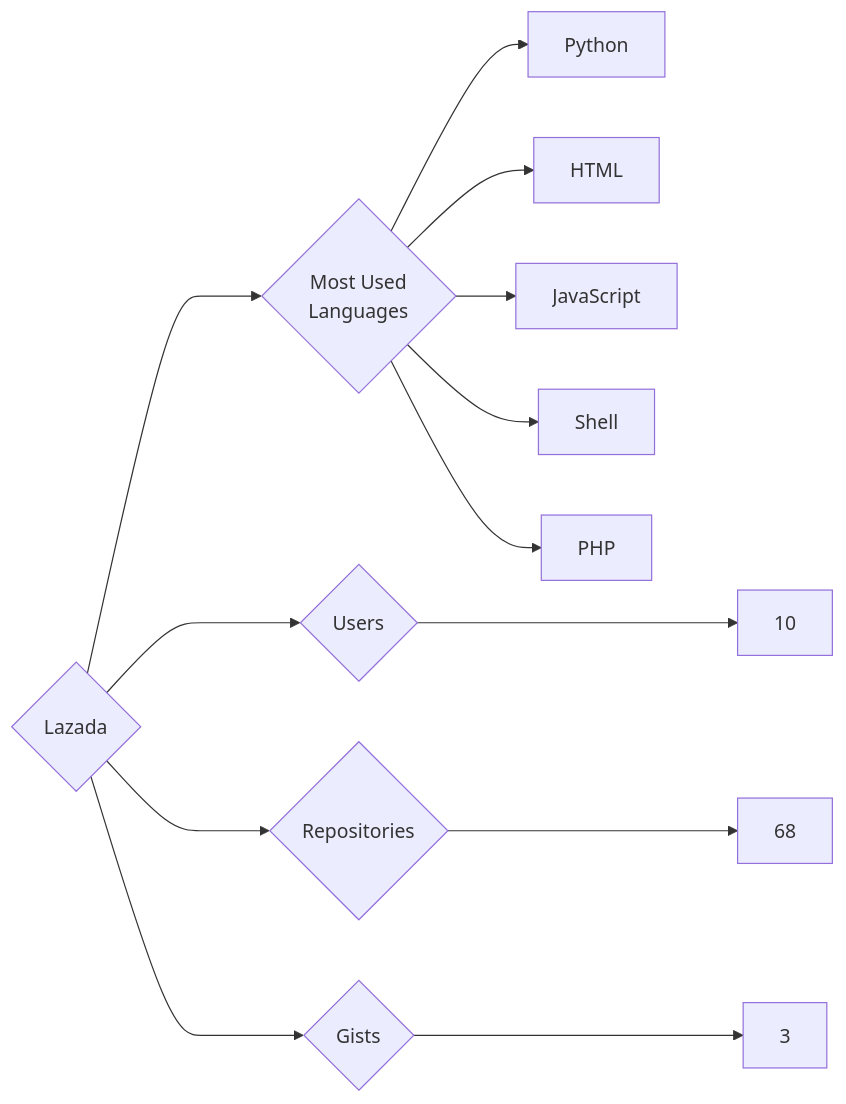
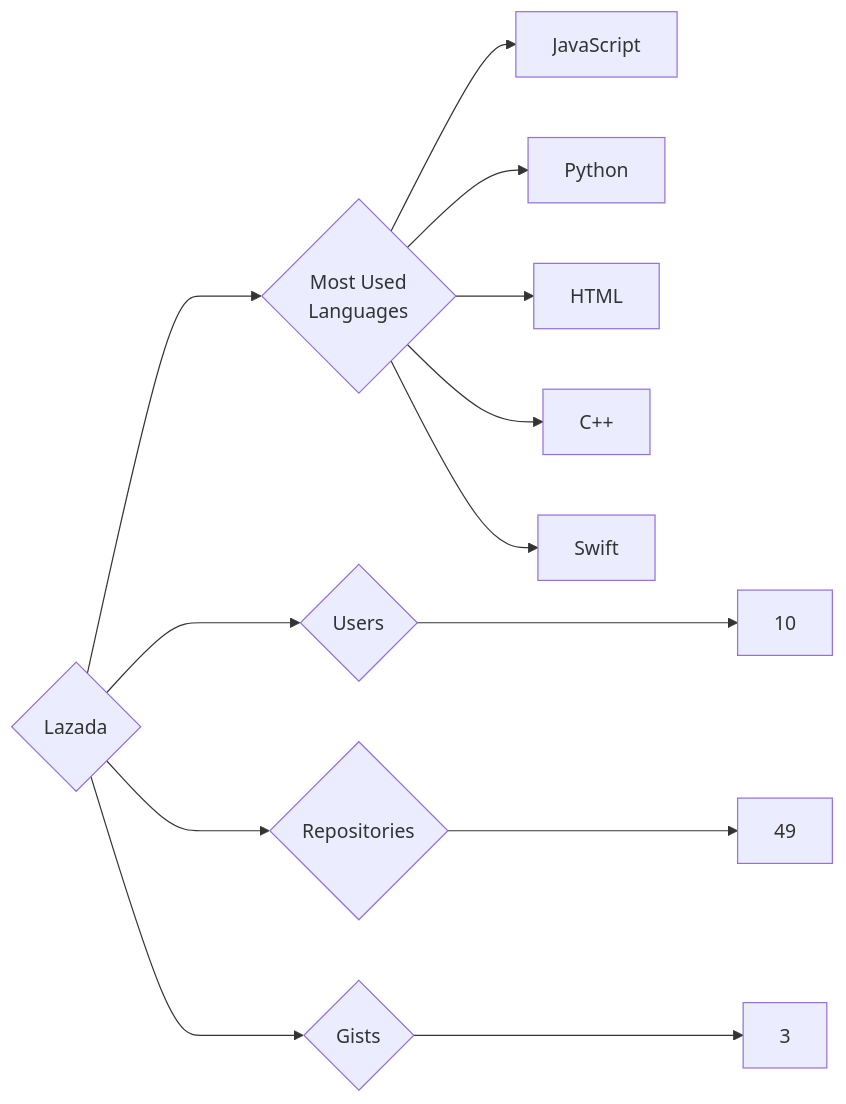
Before and after one commit to trickest/insiders: the diagram in targets/Lazada/README.md, drawn with Mermaid. The commit also changed 927 other files, not shown here.

````diff
--- a/targets/Lazada/README.md
+++ b/targets/Lazada/README.md
@@ -3,13 +3,13 @@
 ```mermaid
 graph LR
 COMPANY_NAME{Lazada}
 COMPANY_NAME ---> U{Users} ---> UN[10]
-COMPANY_NAME ---> R{Repositories} ---> RN[68]
+COMPANY_NAME ---> R{Repositories} ---> RN[49]
 COMPANY_NAME ---> G{Gists} ---> GN[3]
 COMPANY_NAME ---> ML{Most Used<br>Languages}
+ML --> JavaScript[JavaScript]
 ML --> Python[Python]
 ML --> HTML[HTML]
-ML --> JavaScript[JavaScript]
-ML --> Shell[Shell]
-ML --> PHP[PHP]
+ML --> C++[C++]
+ML --> Swift[Swift]
 ```
````
